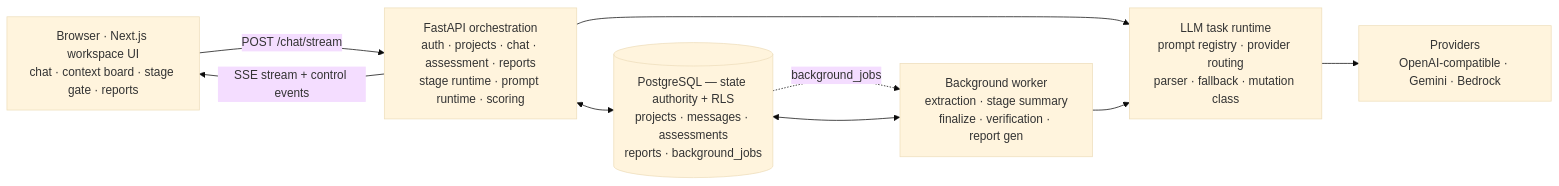
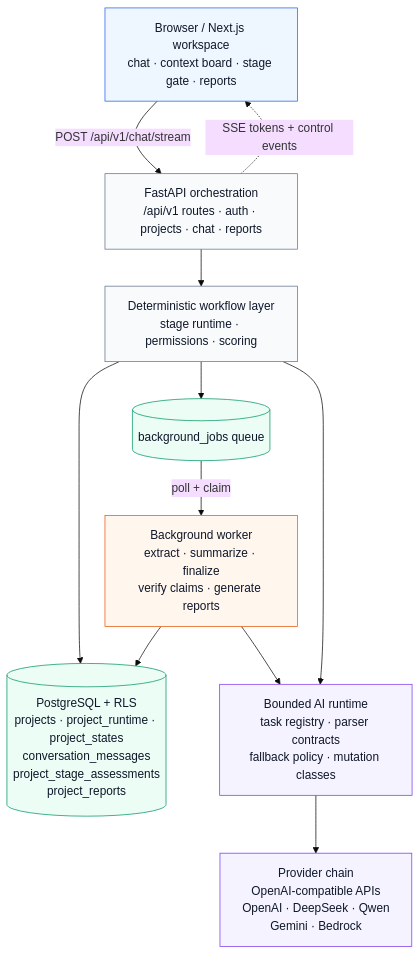
One commit to lupanpan1030/ideasense-ai-public changed the diagram in README.md. Above: the diagram before and after it, drawn with Mermaid (base theme). The commit also changed other lines of this file and 1 other file, not shown here.

Commit message:
docs: refine architecture overview diagram

````diff
--- a/README.md
+++ b/README.md
@@ -71,18 +71,33 @@
 ```mermaid
-flowchart LR
-    U["Browser · Next.js workspace UI<br/>chat · context board · stage gate · reports"]
-    API["FastAPI orchestration<br/>auth · projects · chat · assessment · reports<br/>stage runtime · prompt runtime · scoring"]
-    DB[("PostgreSQL — state authority + RLS<br/>projects · messages · assessments<br/>reports · background_jobs")]
-    W["Background worker<br/>extraction · stage summary<br/>finalize · verification · report gen"]
-    LLM["LLM task runtime<br/>prompt registry · provider routing<br/>parser · fallback · mutation class"]
-    P["Providers<br/>OpenAI-compatible · Gemini · Bedrock"]
+flowchart TD
+    UI["Browser / Next.js workspace<br/>chat · context board · stage gate · reports"]
+    API["FastAPI orchestration<br/>/api/v1 routes · auth · projects · chat · reports"]
+    Workflow["Deterministic workflow layer<br/>stage runtime · permissions · scoring"]
+    DB[("PostgreSQL + RLS<br/>projects · project_runtime · project_states<br/>conversation_messages<br/>project_stage_assessments<br/>project_reports")]
+    Queue[("background_jobs queue")]
+    Worker["Background worker<br/>extract · summarize · finalize<br/>verify claims · generate reports"]
+    Prompt["Bounded AI runtime<br/>task registry · parser contracts<br/>fallback policy · mutation classes"]
+    Providers["Provider chain<br/>OpenAI-compatible APIs<br/>OpenAI · DeepSeek · Qwen<br/>Gemini · Bedrock"]
 
-    U -->|"POST /chat/stream"| API
-    API -->|"SSE stream + control events"| U
-    API <--> DB
-    DB -.->|"background_jobs"| W
-    W <--> DB
-    API --> LLM
-    W --> LLM
-    LLM --> P
+    UI -->|"POST /api/v1/chat/stream"| API
+    API -.->|"SSE tokens + control events"| UI
+    API --> Workflow
+    Workflow --> DB
+    Workflow --> Queue
+    Queue -->|"poll + claim"| Worker
+    Worker --> DB
+    Workflow --> Prompt
+    Worker --> Prompt
+    Prompt --> Providers
+
+    classDef ui fill:#eef6ff,stroke:#2563eb,color:#0f172a;
+    classDef api fill:#f8fafc,stroke:#64748b,color:#0f172a;
+    classDef state fill:#ecfdf5,stroke:#059669,color:#0f172a;
+    classDef worker fill:#fff7ed,stroke:#ea580c,color:#0f172a;
+    classDef ai fill:#f5f3ff,stroke:#7c3aed,color:#0f172a;
+    class UI ui;
+    class API,Workflow api;
+    class DB,Queue state;
+    class Worker worker;
+    class Prompt,Providers ai;
 ```
````
